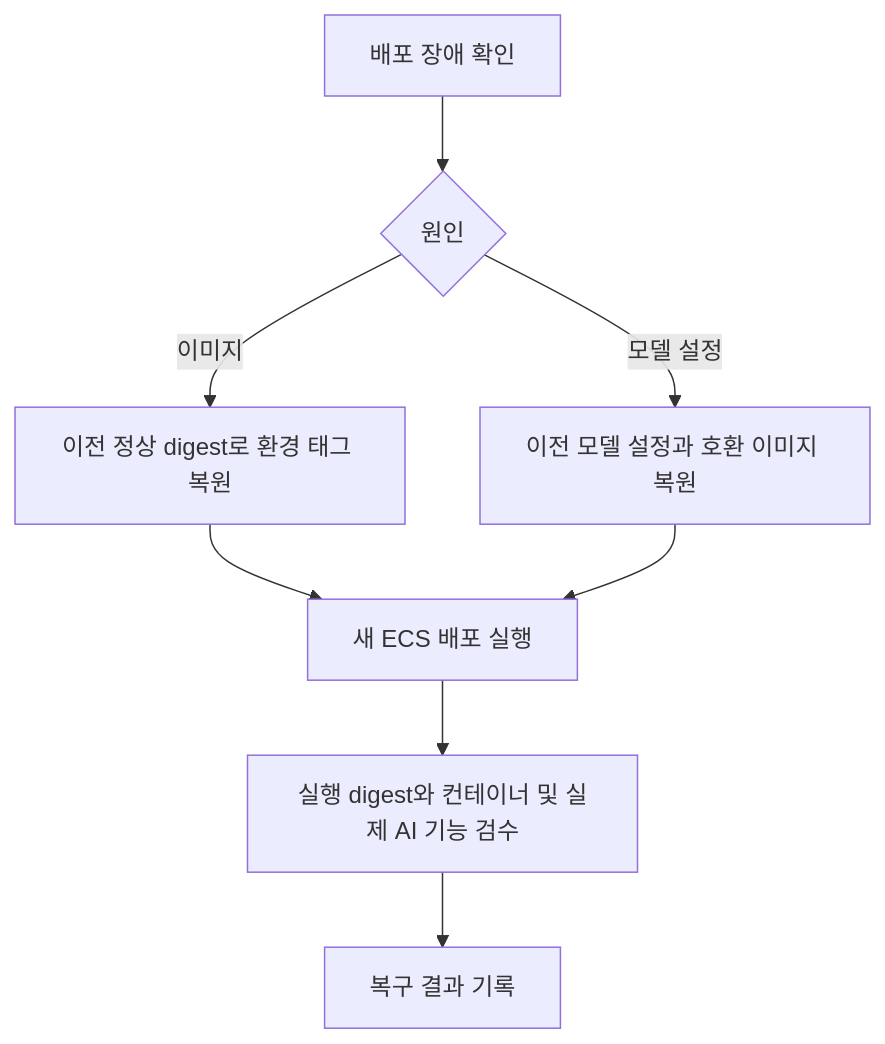
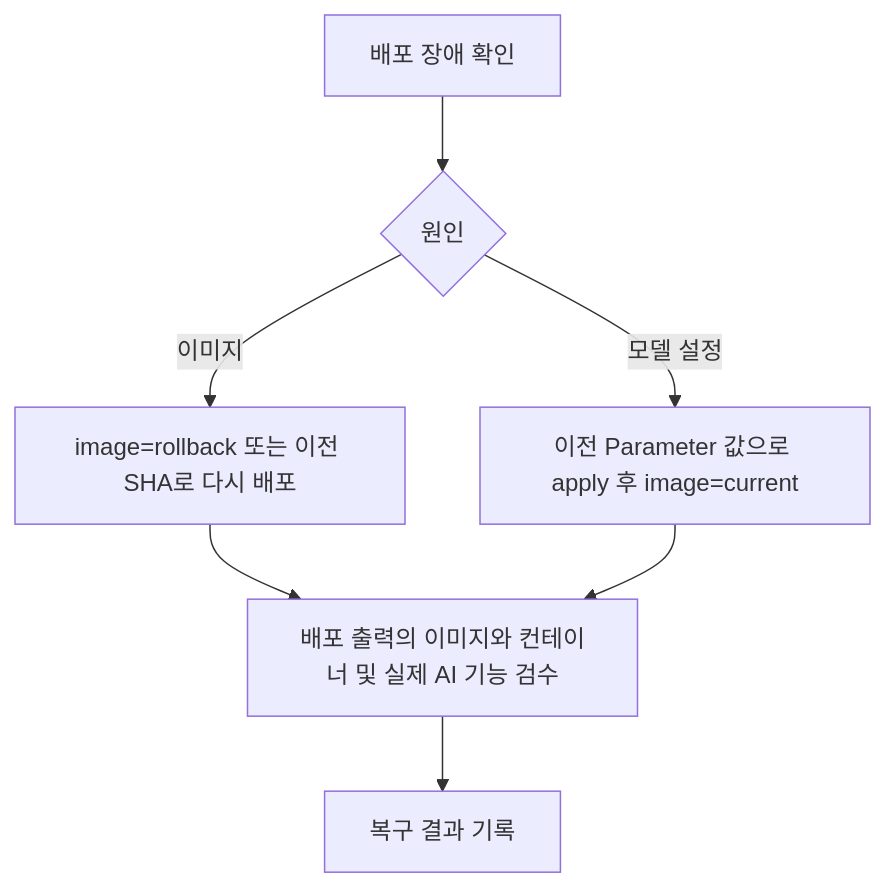
One commit to KIM-N-KANG/knk-harness changed the fifth of 5 diagrams in docs/operations/DEPLOYMENT.md. Above: the diagram before and after it, drawn with Mermaid. The commit also changed other lines of this file and 33 other files, not shown here.

````diff
--- a/docs/operations/DEPLOYMENT.md
+++ b/docs/operations/DEPLOYMENT.md
@@ -318,10 +324,9 @@
 ```mermaid
 flowchart TD
     F["배포 장애 확인"] --> C{"원인"}
-    C -->|이미지| I["이전 정상 digest로 환경 태그 복원"]
-    C -->|모델 설정| M["이전 모델 설정과 호환 이미지 복원"]
-    I --> D["새 ECS 배포 실행"]
-    M --> D
-    D --> V["실행 digest와 컨테이너 및 실제 AI 기능 검수"]
+    C -->|이미지| I["image=rollback 또는 이전 SHA로 다시 배포"]
+    C -->|모델 설정| M["이전 Parameter 값으로 apply 후 image=current"]
+    I --> V["배포 출력의 이미지와 컨테이너 및 실제 AI 기능 검수"]
+    M --> V
     V --> R["복구 결과 기록"]
 ```
````
